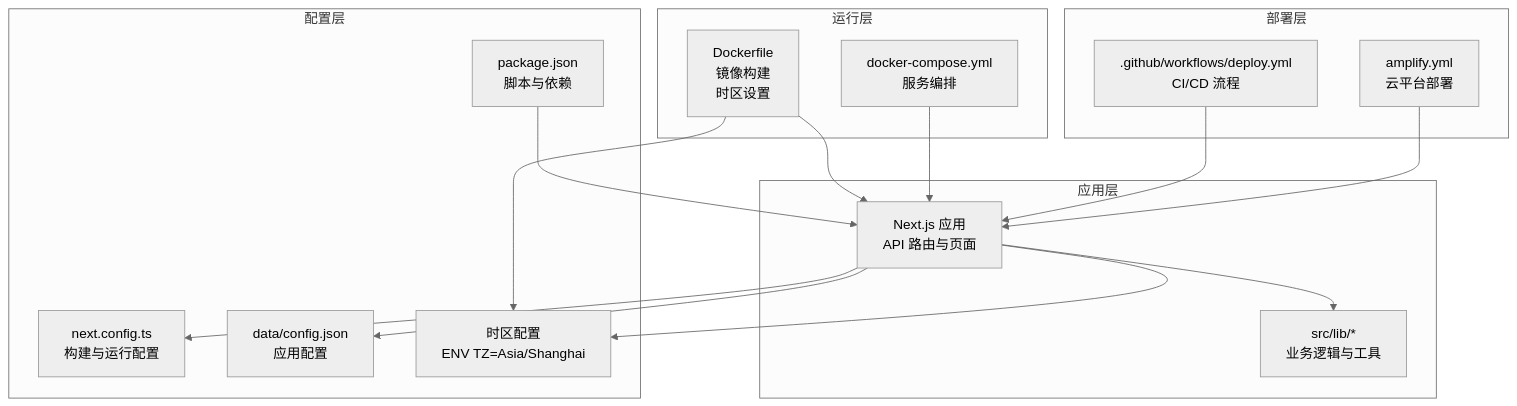
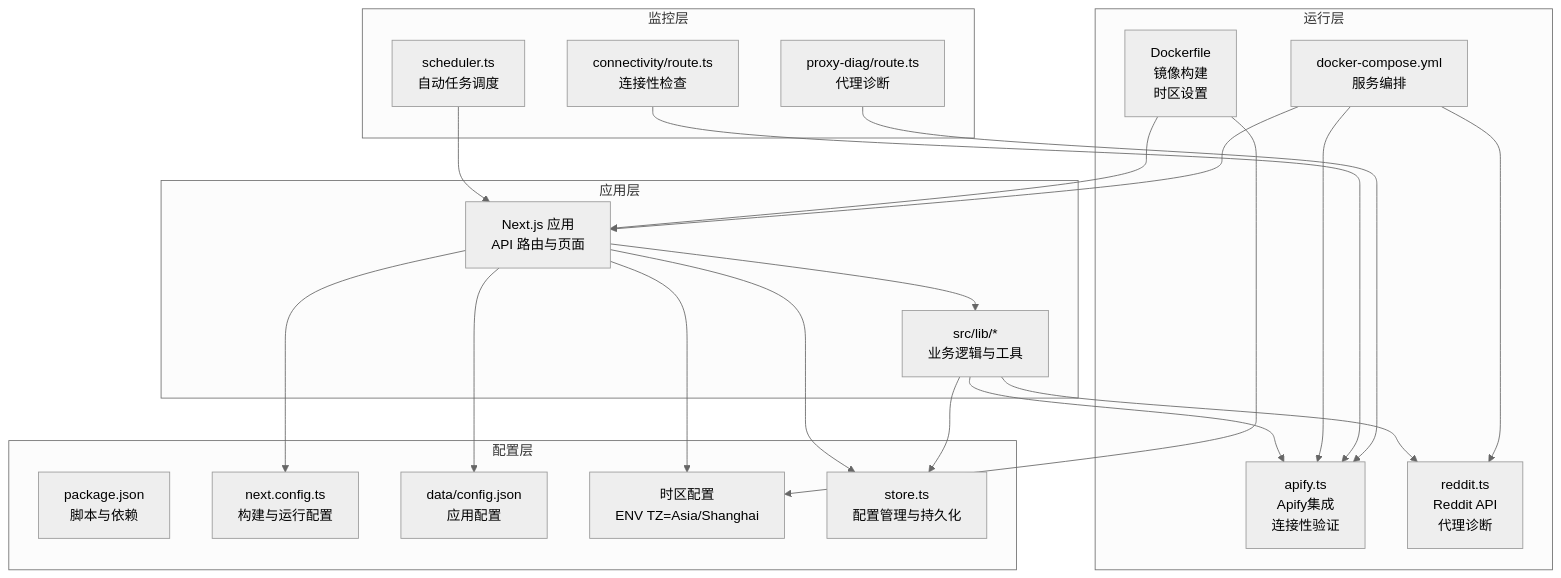
The first of 3 diagrams in .qoder/repowiki/zh/content/部署指南/环境配置.md (zezzezzez/reddit), drawn with Mermaid (neutral theme) before and after one commit. The commit also changed other lines of this file and 21 other files, not shown here.

````diff
--- a/.qoder/repowiki/zh/content/部署指南/环境配置.md
+++ b/.qoder/repowiki/zh/content/部署指南/环境配置.md
@@ -52,31 +55,41 @@
 ```mermaid
 graph TB
 subgraph "应用层"
 NEXT["Next.js 应用<br/>API 路由与页面"]
 LIB["src/lib/*<br/>业务逻辑与工具"]
 end
 subgraph "配置层"
 PKG["package.json<br/>脚本与依赖"]
 NEXTCFG["next.config.ts<br/>构建与运行配置"]
 CFGJSON["data/config.json<br/>应用配置"]
 TZ["时区配置<br/>ENV TZ=Asia/Shanghai"]
+STORE["store.ts<br/>配置管理与持久化"]
 end
 subgraph "运行层"
 DOCKERFILE["Dockerfile<br/>镜像构建<br/>时区设置"]
 COMPOSE["docker-compose.yml<br/>服务编排"]
+APIFY["apify.ts<br/>Apify集成<br/>连接性验证"]
+REDDIT["reddit.ts<br/>Reddit API<br/>代理诊断"]
 end
-subgraph "部署层"
-GHA[".github/workflows/deploy.yml<br/>CI/CD 流程"]
-AMPLIFY["amplify.yml<br/>云平台部署"]
+subgraph "监控层"
+CONNECTIVITY["connectivity/route.ts<br/>连接性检查"]
+PROXYDIAG["proxy-diag/route.ts<br/>代理诊断"]
+SCHEDULER["scheduler.ts<br/>自动任务调度"]
 end
 NEXT --> LIB
 NEXT --> NEXTCFG
 NEXT --> CFGJSON
 NEXT --> TZ
-PKG --> NEXT
+NEXT --> STORE
+LIB --> APIFY
+LIB --> REDDIT
+LIB --> STORE
 DOCKERFILE --> NEXT
 DOCKERFILE --> TZ
 COMPOSE --> NEXT
-GHA --> NEXT
-AMPLIFY --> NEXT
+COMPOSE --> APIFY
+COMPOSE --> REDDIT
+CONNECTIVITY --> APIFY
+PROXYDIAG --> APIFY
+SCHEDULER --> NEXT
 ```
````
